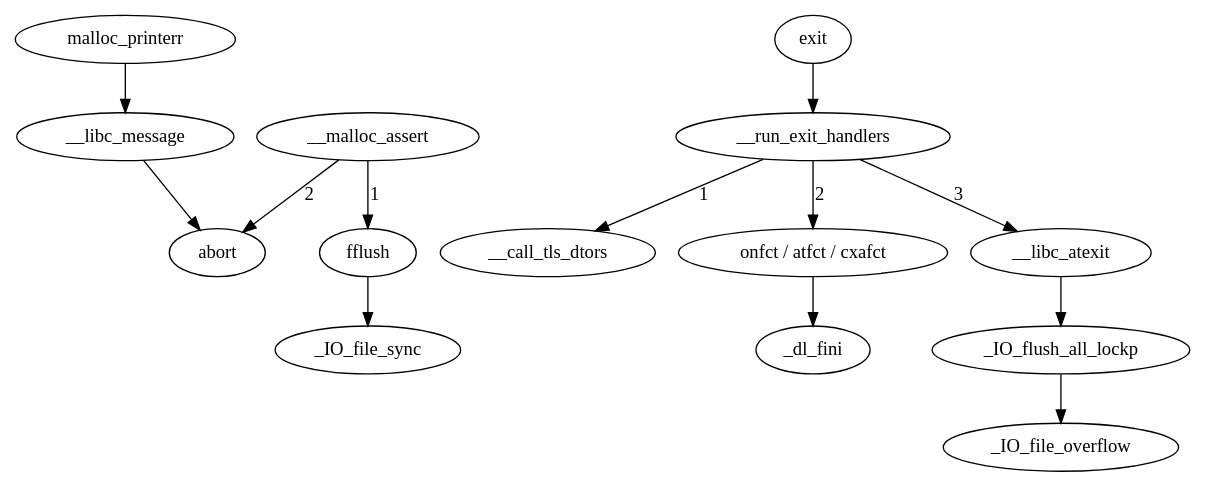
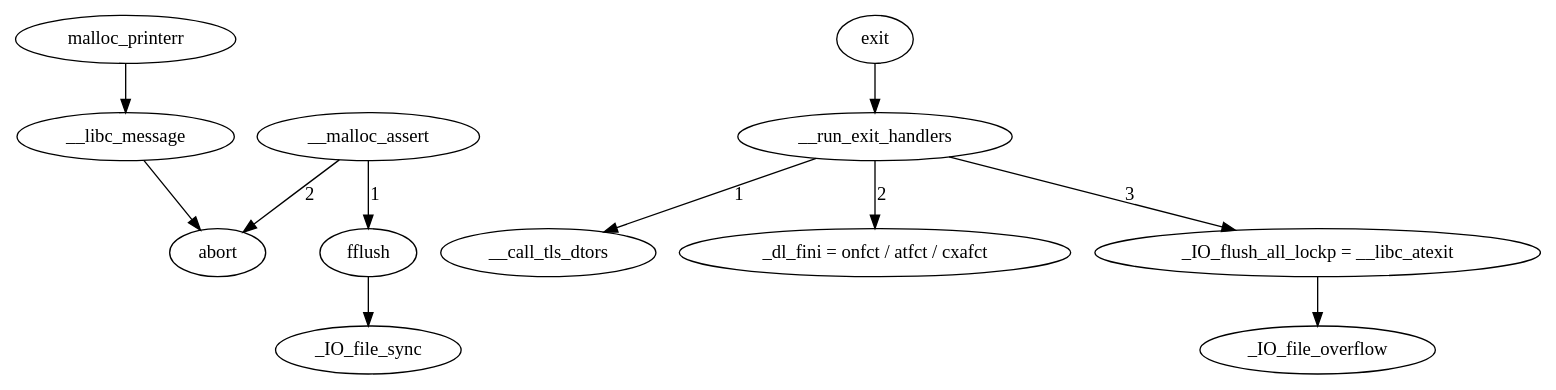
One commit to RioKato/pwn-cheatsheet changed the diagram in terminate.gv. Above: the diagram before and after it, drawn with Graphviz. The commit also changed 1 other file, not shown here.

```diff
--- a/terminate.gv
+++ b/terminate.gv
@@ -1,14 +1,11 @@
 digraph {
   malloc_printerr -> __libc_message -> abort;
   exit -> __run_exit_handlers;
   __run_exit_handlers -> __call_tls_dtors [label = "1"];
-  __run_exit_handlers -> "onfct / atfct / cxafct" [label = "2"];
-  __run_exit_handlers -> __libc_atexit [label = "3"];
-  "onfct / atfct / cxafct" -> _dl_fini;
-  __libc_atexit ->_IO_flush_all_lockp;
-
-  _IO_flush_all_lockp -> _IO_file_overflow;
+  __run_exit_handlers -> "_dl_fini = onfct / atfct / cxafct" [label = "2"];
+  __run_exit_handlers -> "_IO_flush_all_lockp = __libc_atexit" [label = "3"];
+  "_IO_flush_all_lockp = __libc_atexit"  -> _IO_file_overflow;
   __malloc_assert -> fflush [label = "1"];
   __malloc_assert -> abort [label = "2"];
   fflush -> _IO_file_sync;
 }
```
